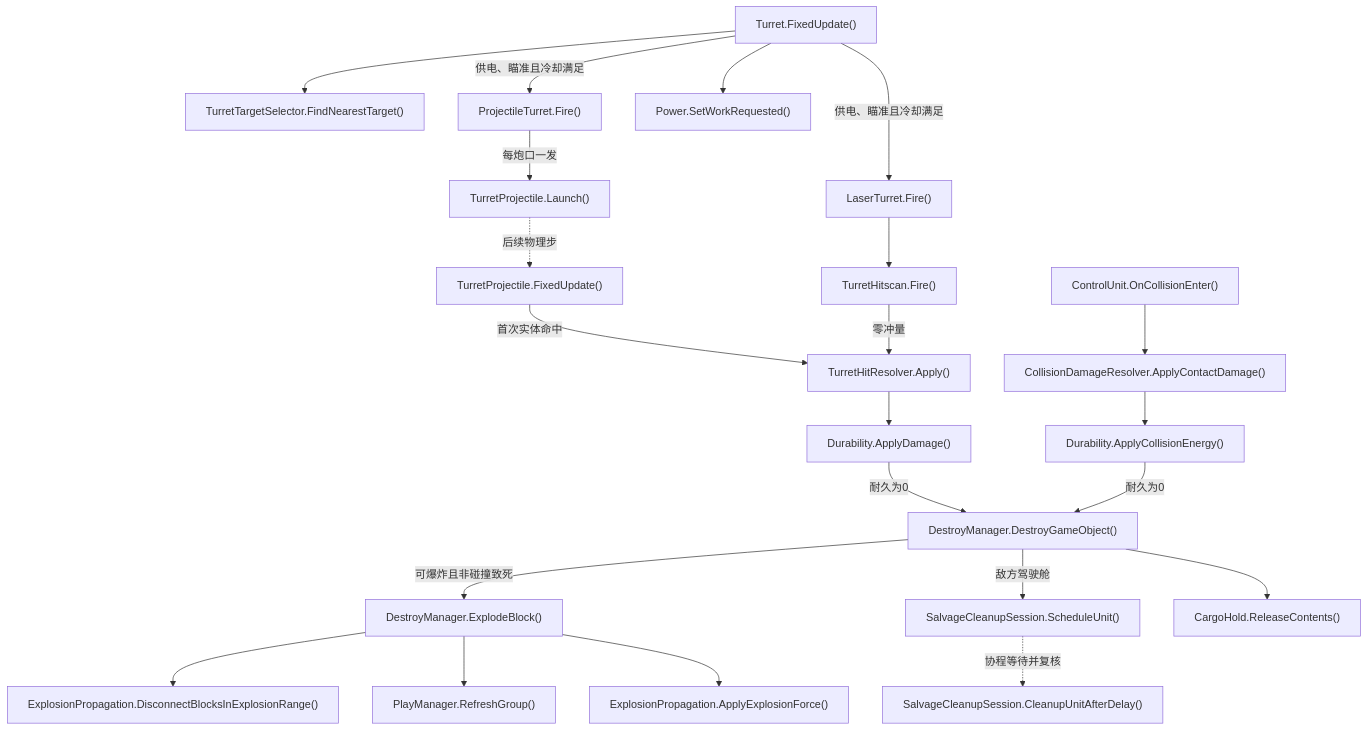
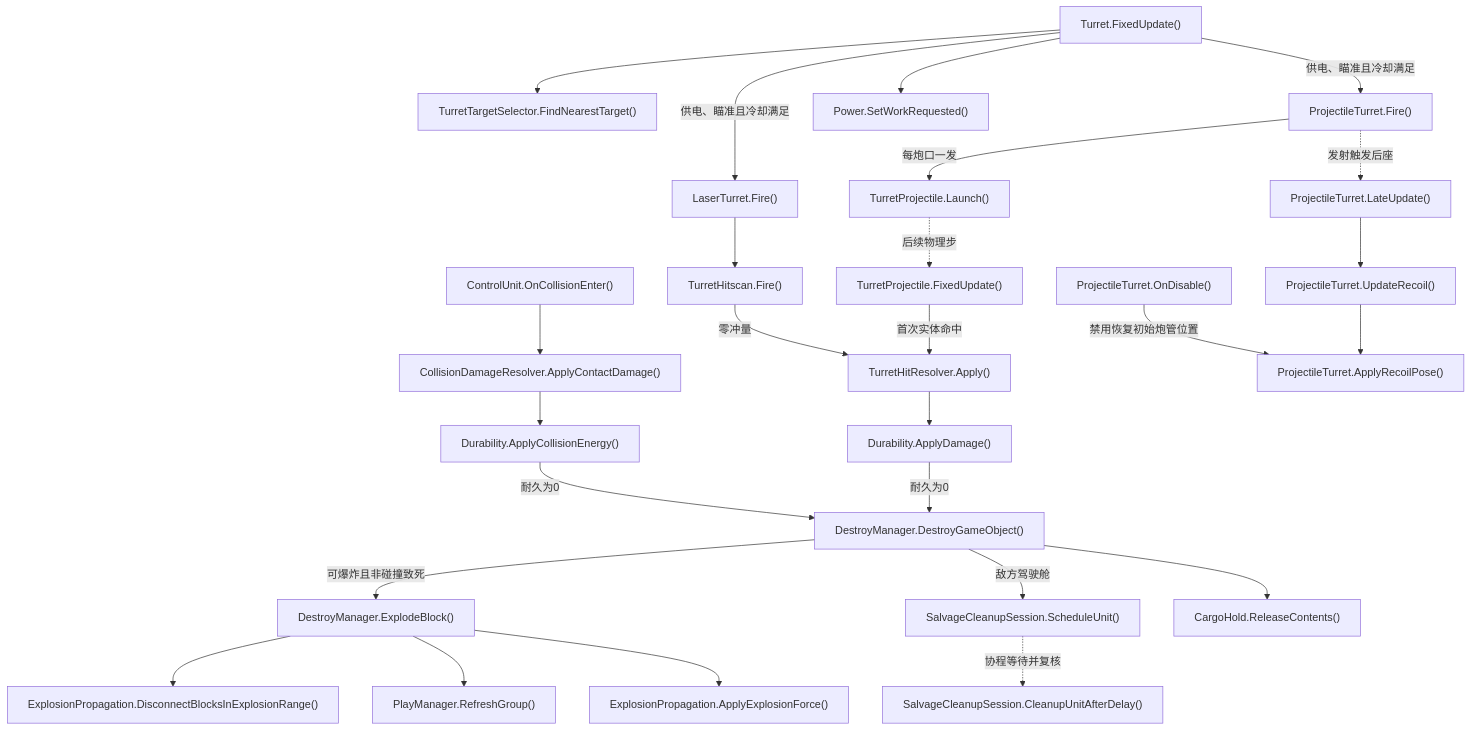
The sixth of 9 diagrams in Docs/RuntimeFlow.md (kukudia/HY-Sandbox), drawn with Mermaid before and after one commit. The commit also changed other lines of this file and 16 other files, not shown here.

First line of the commit message:
Animate projectile barrel recoil and apply turret thumbnails

````diff
--- a/Docs/RuntimeFlow.md
+++ b/Docs/RuntimeFlow.md
@@ -469,66 +469,78 @@
 ```mermaid
 flowchart TD
     A["Turret.FixedUpdate()"]
     click A "../Assets/Scripts/Features/Combat/Turret.cs#L71" "打开源码"
     B["TurretTargetSelector.FindNearestTarget()"]
     click B "../Assets/Scripts/Features/Combat/TurretTargetSelector.cs#L16" "打开源码"
     C["TurretHitscan.Fire()"]
     click C "../Assets/Scripts/Features/Combat/TurretHitscan.cs#L10" "打开源码"
     D["Durability.ApplyDamage()"]
     click D "../Assets/Scripts/Features/Combat/Durability.cs#L63" "打开源码"
     E["ControlUnit.OnCollisionEnter()"]
     click E "../Assets/Scripts/Features/Simulation/ControlUnit.cs#L254" "打开源码"
     F["CollisionDamageResolver.ApplyContactDamage()"]
     click F "../Assets/Scripts/Features/Combat/CollisionDamageResolver.cs#L10" "打开源码"
     G["Durability.ApplyCollisionEnergy()"]
     click G "../Assets/Scripts/Features/Combat/Durability.cs#L74" "打开源码"
     H["DestroyManager.DestroyGameObject()"]
     click H "../Assets/Scripts/Features/Combat/DestroyManager.cs#L30" "打开源码"
     I["DestroyManager.ExplodeBlock()"]
     click I "../Assets/Scripts/Features/Combat/DestroyManager.cs#L131" "打开源码"
     J["ExplosionPropagation.DisconnectBlocksInExplosionRange()"]
     click J "../Assets/Scripts/Features/Combat/ExplosionPropagation.cs#L9" "打开源码"
     K["PlayManager.RefreshGroup()"]
     click K "../Assets/Scripts/Features/Simulation/PlayManager.cs#L148" "打开源码"
     L["ExplosionPropagation.ApplyExplosionForce()"]
     click L "../Assets/Scripts/Features/Combat/ExplosionPropagation.cs#L53" "打开源码"
     M["SalvageCleanupSession.ScheduleUnit()"]
     click M "../Assets/Scripts/Features/Combat/SalvageCleanupSession.cs#L17" "打开源码"
     N["SalvageCleanupSession.CleanupUnitAfterDelay()"]
     click N "../Assets/Scripts/Features/Combat/SalvageCleanupSession.cs#L106" "打开源码"
     O["CargoHold.ReleaseContents()"]
     click O "../Assets/Scripts/Features/Salvage/CargoHold.cs#L206" "打开源码"
     P["LaserTurret.Fire()"]
     click P "../Assets/Scripts/Features/Combat/LaserTurret.cs#L33" "打开源码"
     Q["ProjectileTurret.Fire()"]
-    click Q "../Assets/Scripts/Features/Combat/ProjectileTurret.cs#L20" "打开源码"
+    click Q "../Assets/Scripts/Features/Combat/ProjectileTurret.cs#L113" "打开源码"
     R["TurretProjectile.Launch()"]
     click R "../Assets/Scripts/Features/Combat/TurretProjectile.cs#L33" "打开源码"
     S["TurretProjectile.FixedUpdate()"]
     click S "../Assets/Scripts/Features/Combat/TurretProjectile.cs#L62" "打开源码"
     T["TurretHitResolver.Apply()"]
     click T "../Assets/Scripts/Features/Combat/TurretHitResolver.cs#L7" "打开源码"
     U["Power.SetWorkRequested()"]
     click U "../Assets/Scripts/Features/Power/Power.cs#L59" "打开源码"
+    V["ProjectileTurret.LateUpdate()"]
+    click V "../Assets/Scripts/Features/Combat/ProjectileTurret.cs#L57" "打开源码"
+    W["ProjectileTurret.UpdateRecoil()"]
+    click W "../Assets/Scripts/Features/Combat/ProjectileTurret.cs#L66" "打开源码"
+    X["ProjectileTurret.ApplyRecoilPose()"]
+    click X "../Assets/Scripts/Features/Combat/ProjectileTurret.cs#L84" "打开源码"
+    Y["ProjectileTurret.OnDisable()"]
+    click Y "../Assets/Scripts/Features/Combat/ProjectileTurret.cs#L105" "打开源码"
     A --> B
     A --> U
     A -->|供电、瞄准且冷却满足| P
     P --> C
     A -->|供电、瞄准且冷却满足| Q
     Q -->|每炮口一发| R
+    Q -.->|发射触发后座| V
+    V --> W
+    W --> X
+    Y -->|禁用恢复初始炮管位置| X
     R -.->|后续物理步| S
     S -->|首次实体命中| T
     C -->|零冲量| T
     T --> D
     E --> F
     F --> G
     D -->|耐久为0| H
     G -->|耐久为0| H
     H -->|可爆炸且非碰撞致死| I
     I --> J
     I --> K
     I --> L
     H --> O
     H -->|敌方驾驶舱| M
     M -.->|协程等待并复核| N
 ```
````
